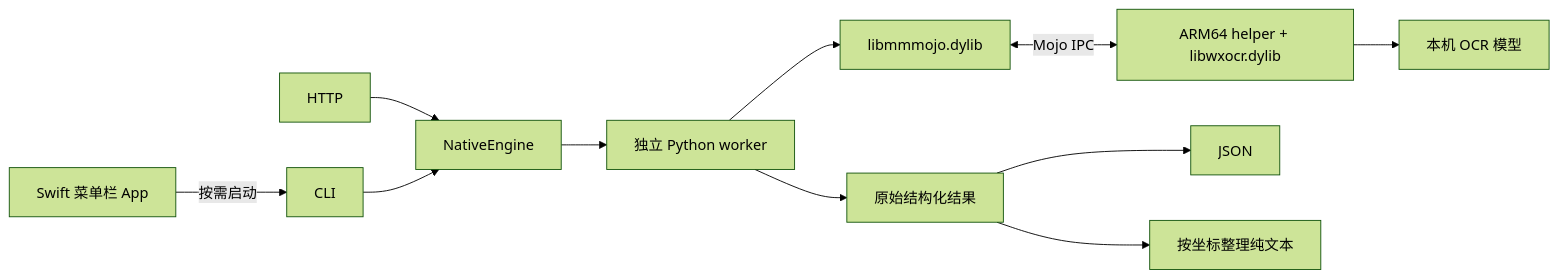
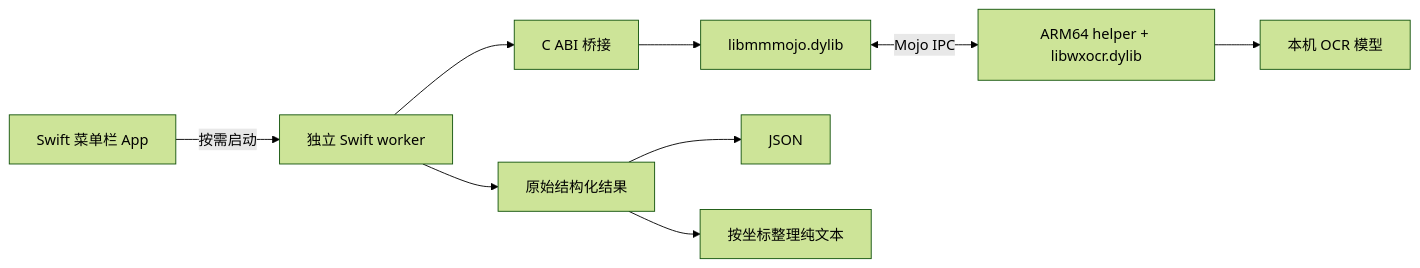
The diagram in docs/architecture.md (erniu96/screen-ocr), drawn with Mermaid (forest theme) before and after one commit. The commit also changed other lines of this file and 21 other files, not shown here.

Commit message:
feat: run standalone OCR app with Swift native worker

````diff
--- a/docs/architecture.md
+++ b/docs/architecture.md
@@ -7,13 +7,11 @@
 ```mermaid
 flowchart LR
-    S[Swift 菜单栏 App] -->|按需启动| A[CLI]
-    W[HTTP] --> B[NativeEngine]
-    A --> B
-    B --> C[独立 Python worker]
-    C --> D[libmmmojo.dylib]
+    S[Swift 菜单栏 App] -->|按需启动| C[独立 Swift worker]
+    C --> B[C ABI 桥接]
+    B --> D[libmmmojo.dylib]
     D <-->|Mojo IPC| E[ARM64 helper + libwxocr.dylib]
     E --> F[本机 OCR 模型]
     C --> G[原始结构化结果]
     G --> H[JSON]
     G --> I[按坐标整理纯文本]
 ```
````
